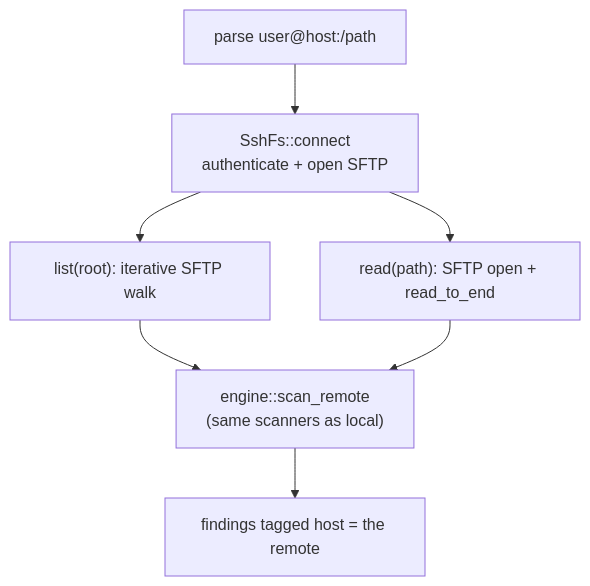
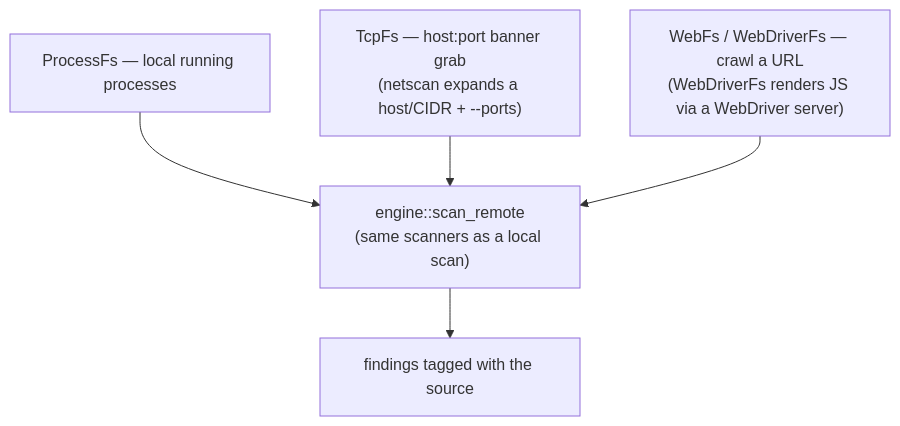
Before and after one commit to rangertaha/exfil: the fourth of 7 diagrams in docs/src/architecture/integrations.md, drawn with Mermaid. The commit also changed other lines of this file and 38 other files, not shown here.

````diff
--- a/docs/src/architecture/integrations.md
+++ b/docs/src/architecture/integrations.md
@@ -143,8 +144,7 @@
 ```mermaid
 flowchart TD
-    TARGET["parse user@host:/path"] --> CONN["SshFs::connect<br/>authenticate + open SFTP"]
-    CONN --> LIST["list(root): iterative SFTP walk"]
-    CONN --> READ["read(path): SFTP open + read_to_end"]
-    LIST & READ --> ENGINE["engine::scan_remote<br/>(same scanners as local)"]
-    ENGINE --> STORE["findings tagged host = the remote"]
+    PROC["ProcessFs — local running processes"] --> ENGINE
+    TCP["TcpFs — host:port banner grab<br/>(netscan expands a host/CIDR + --ports)"] --> ENGINE
+    WEB["WebFs / WebDriverFs — crawl a URL<br/>(WebDriverFs renders JS via a WebDriver server)"] --> ENGINE
+    ENGINE["engine::scan_remote<br/>(same scanners as a local scan)"] --> STORE["findings tagged with the source"]
 ```
````
